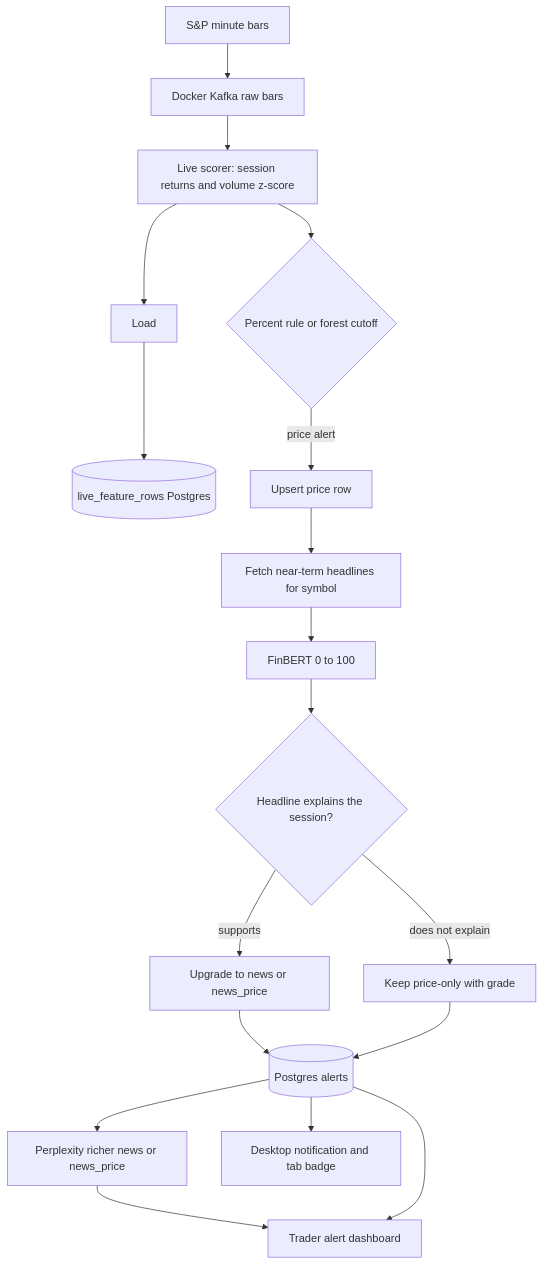
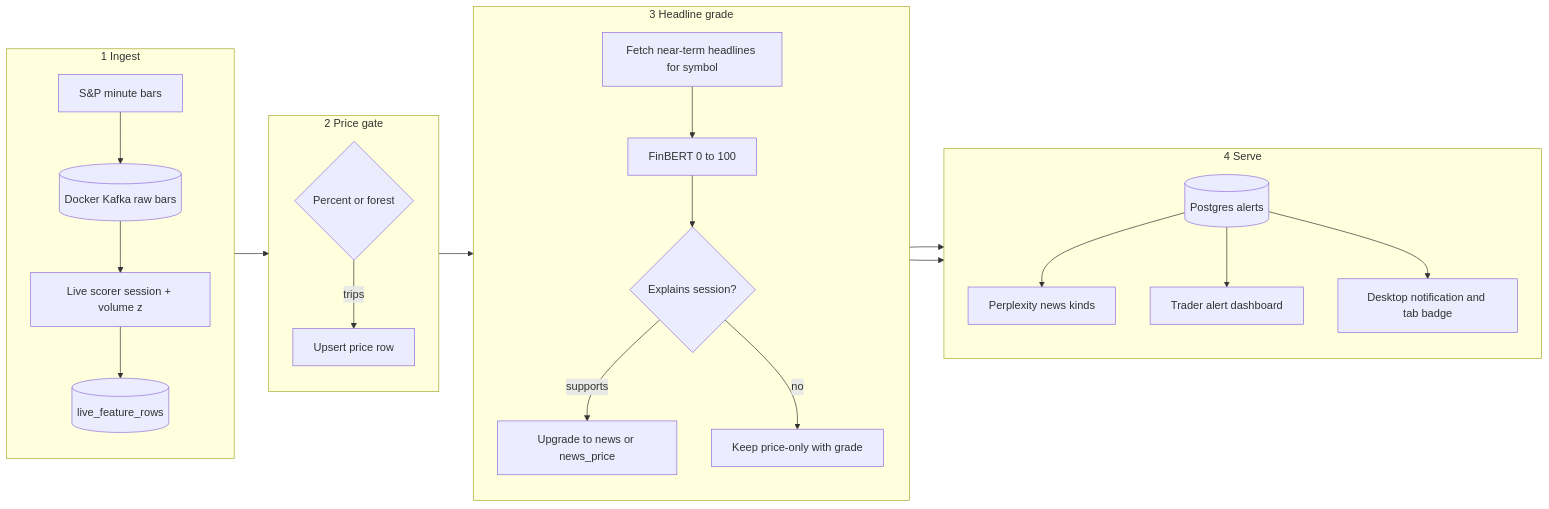
Before and after one commit to sameerde4/ticker-alert-system: the ninth of 10 diagrams in docs/architecture.md, drawn with Mermaid. The commit also changed other lines of this file and 2 other files, not shown here.

First line of the commit message:
Publish finished-system architecture with slide-friendly diagrams.

````diff
--- a/docs/architecture.md
+++ b/docs/architecture.md
@@ -435,20 +431,33 @@
 ```mermaid
-flowchart TD
-    MKT[S&P minute bars] --> KT[Docker Kafka raw bars]
-    KT --> SCORE[Live scorer: session returns and volume z-score]
-    SCORE --> GATE{Percent rule or forest cutoff}
-    SCORE --> LOADT[Load]
-    LOADT --> FEATSTORE[(live_feature_rows Postgres)]
-    GATE -->|price alert| PRICE[Upsert price row]
-    PRICE --> NEWSLOOK[Fetch near-term headlines for symbol]
-    NEWSLOOK --> FINBERT[FinBERT 0 to 100]
-    FINBERT --> SLICE{Headline explains the session?}
-    SLICE -->|supports| UPGRADE[Upgrade to news or news_price]
-    SLICE -->|does not explain| KEEP[Keep price-only with grade]
-    UPGRADE --> PG[(Postgres alerts)]
-    KEEP --> PG
-    PG --> PPLX[Perplexity richer news or news_price]
-    PPLX --> DASH[Trader alert dashboard]
-    PG --> DASH
-    PG --> NOTIFY[Desktop notification and tab badge]
+flowchart LR
+    subgraph ingest [1 Ingest]
+        direction TB
+        MKT[S&P minute bars] --> KT[(Docker Kafka raw bars)]
+        KT --> SCORE[Live scorer session + volume z]
+        SCORE --> FEATSTORE[(live_feature_rows)]
+    end
+
+    subgraph gate [2 Price gate]
+        direction TB
+        SCORE --> GATE{Percent or forest}
+        GATE -->|trips| PRICE[Upsert price row]
+    end
+
+    subgraph news [3 Headline grade]
+        direction TB
+        PRICE --> NEWSLOOK[Fetch near-term headlines for symbol]
+        NEWSLOOK --> FINBERT[FinBERT 0 to 100]
+        FINBERT --> SLICE{Explains session?}
+        SLICE -->|supports| UPGRADE[Upgrade to news or news_price]
+        SLICE -->|no| KEEP[Keep price-only with grade]
+    end
+
+    subgraph out [4 Serve]
+        direction TB
+        UPGRADE --> PG[(Postgres alerts)]
+        KEEP --> PG
+        PG --> PPLX[Perplexity news kinds]
+        PG --> DASH[Trader alert dashboard]
+        PG --> NOTIFY[Desktop notification and tab badge]
+    end
 ```
````
